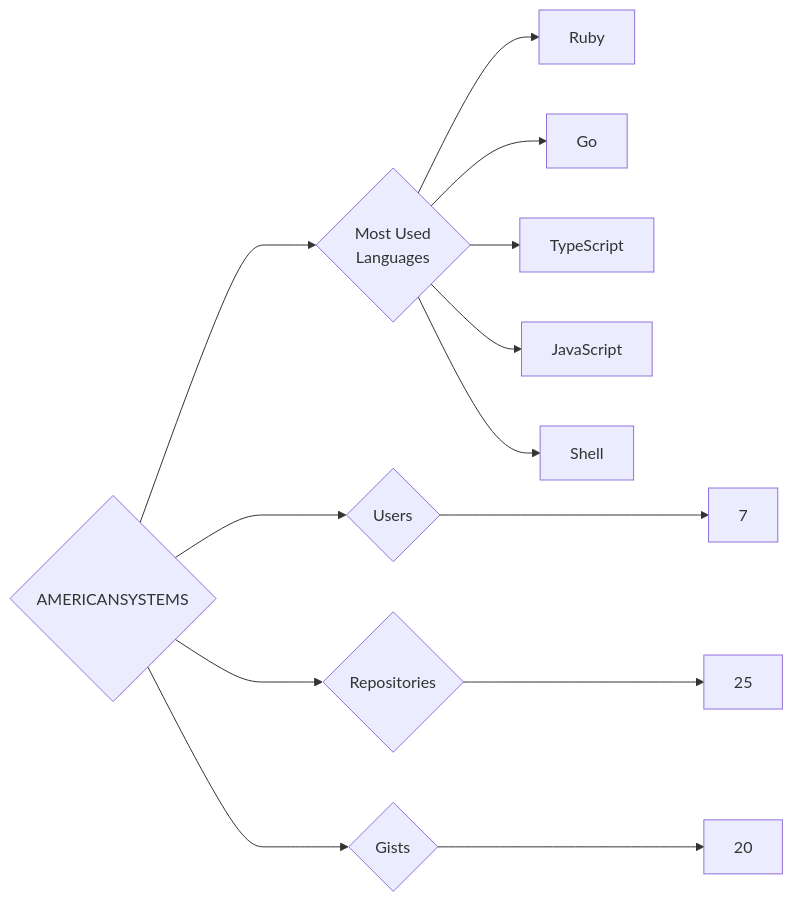
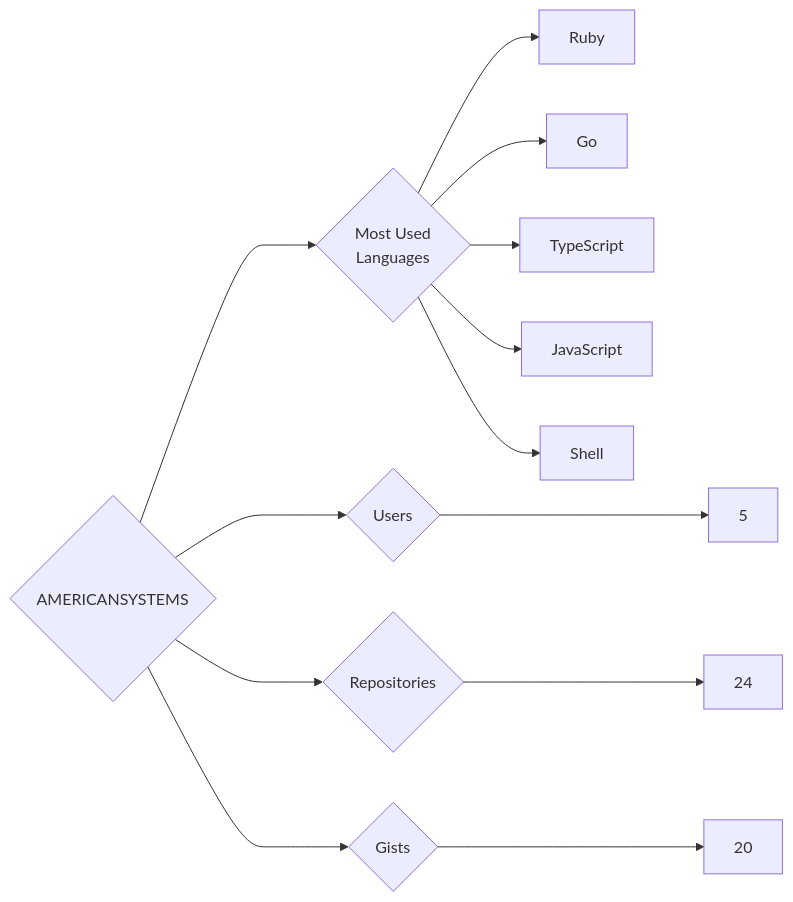
One commit to trickest/insiders changed the diagram in targets/AMERICANSYSTEMS/README.md. Above: the diagram before and after it, drawn with Mermaid. The commit also changed 1167 other files, not shown here.

````diff
--- a/targets/AMERICANSYSTEMS/README.md
+++ b/targets/AMERICANSYSTEMS/README.md
@@ -3,13 +3,13 @@
 ```mermaid
 graph LR
 COMPANY_NAME{AMERICANSYSTEMS}
-COMPANY_NAME ---> U{Users} ---> UN[7]
-COMPANY_NAME ---> R{Repositories} ---> RN[25]
+COMPANY_NAME ---> U{Users} ---> UN[5]
+COMPANY_NAME ---> R{Repositories} ---> RN[24]
 COMPANY_NAME ---> G{Gists} ---> GN[20]
 COMPANY_NAME ---> ML{Most Used<br>Languages}
 ML --> Ruby[Ruby]
 ML --> Go[Go]
 ML --> TypeScript[TypeScript]
 ML --> JavaScript[JavaScript]
 ML --> Shell[Shell]
 ```
````
